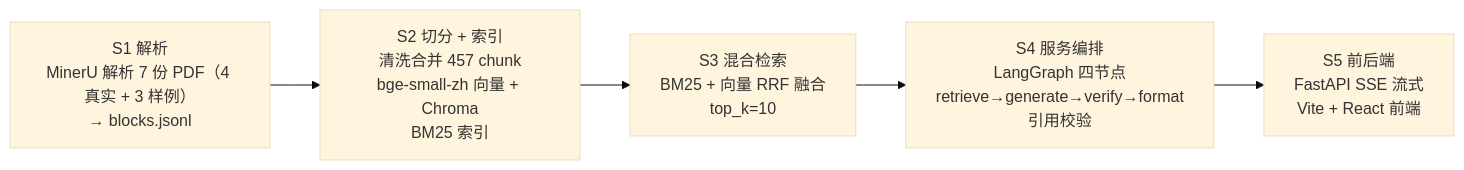
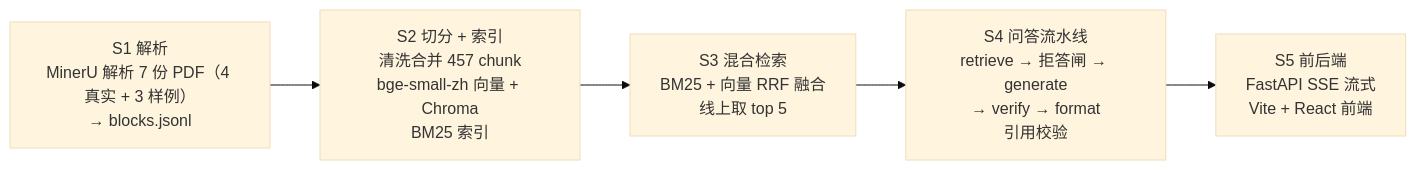
Before and after one commit to Liukrin/machine-AI: the diagram in README.md, drawn with Mermaid (base theme). The commit also changed other lines of this file and 7 other files, not shown here.

````diff
--- a/README.md
+++ b/README.md
@@ -39,7 +42,7 @@
 ```mermaid
 flowchart LR
     A["S1 解析<br/>MinerU 解析 7 份 PDF（4 真实 + 3 样例）<br/>→ blocks.jsonl"] --> B["S2 切分 + 索引<br/>清洗合并 457 chunk<br/>bge-small-zh 向量 + Chroma<br/>BM25 索引"]
-    B --> C["S3 混合检索<br/>BM25 + 向量 RRF 融合<br/>top_k=10"]
-    C --> D["S4 服务编排<br/>LangGraph 四节点<br/>retrieve→generate→verify→format<br/>引用校验"]
+    B --> C["S3 混合检索<br/>BM25 + 向量 RRF 融合<br/>线上取 top 5"]
+    C --> D["S4 问答流水线<br/>retrieve → 拒答闸 → generate<br/>→ verify → format<br/>引用校验"]
     D --> E["S5 前后端<br/>FastAPI SSE 流式<br/>Vite + React 前端"]
 ```
````
